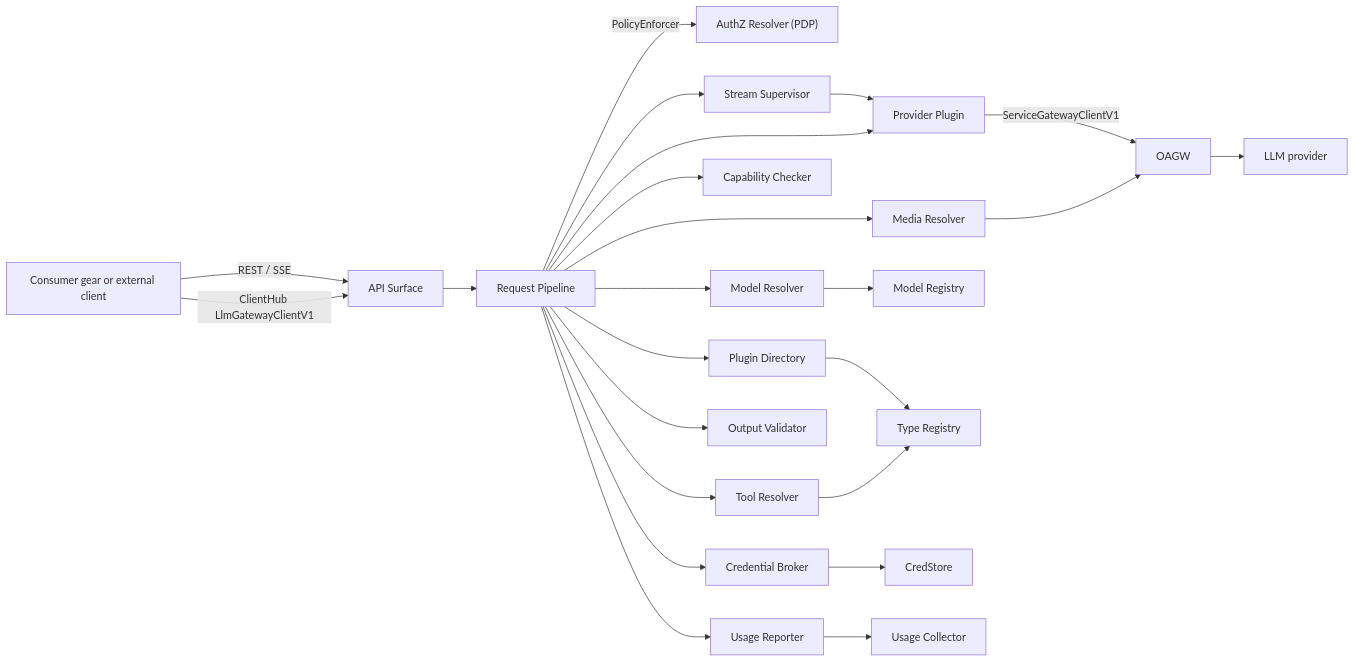
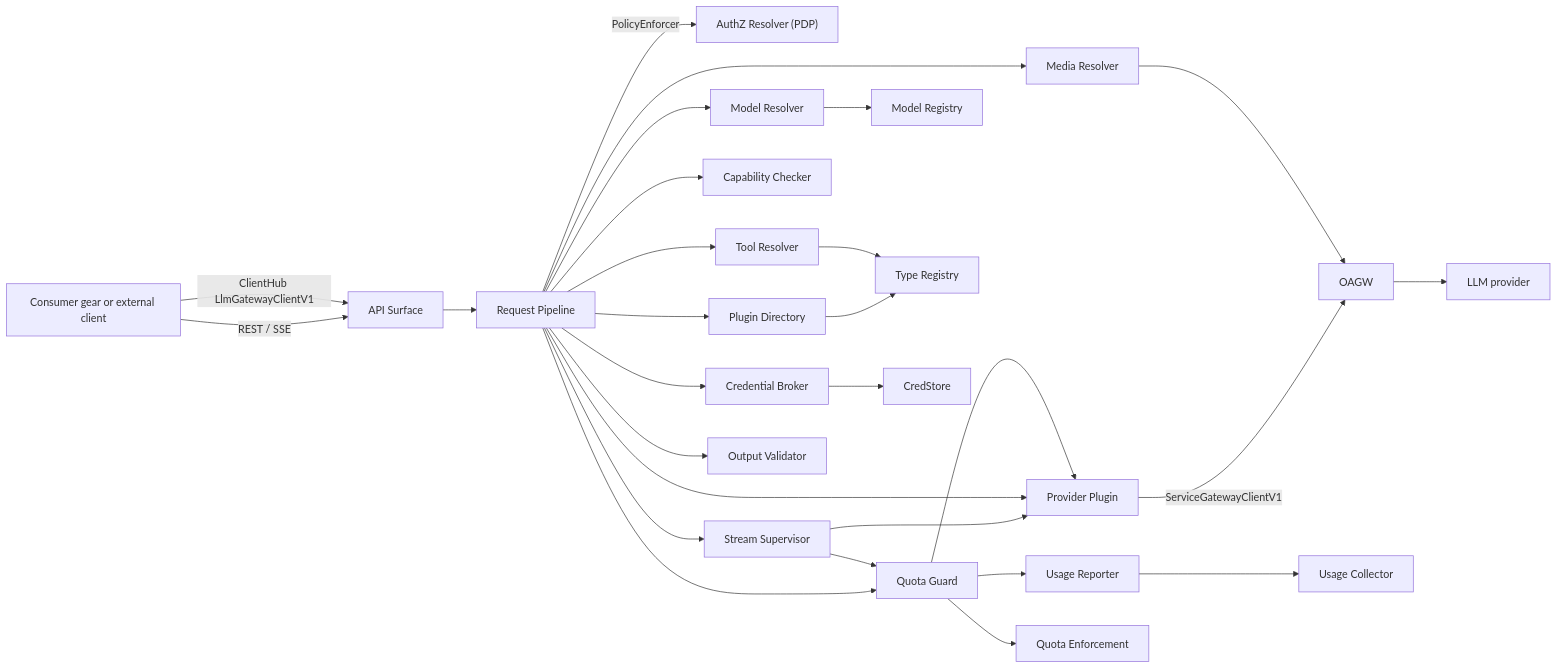
Before and after one commit to AndIConstructor/gears-rust: the first of 15 diagrams in gears/llm-gateway/docs/DESIGN.md, drawn with Mermaid. The commit also changed other lines of this file, not shown here.

Commit message:
docs(llm-gateway): restore quota enforcement through Quota Enforcement leases Signed-off-by: ritmix3300 <dmitriy.matveev95@gmail.com>

````diff
--- a/gears/llm-gateway/docs/DESIGN.md
+++ b/gears/llm-gateway/docs/DESIGN.md
@@ -256,26 +257,30 @@
 ```mermaid
 graph LR
     CONS["Consumer gear or external client"] -->|REST / SSE| API["API Surface"]
     CONS -->|ClientHub LlmGatewayClientV1| API
     API --> PIPE["Request Pipeline"]
     PIPE -->|PolicyEnforcer| AZ["AuthZ Resolver (PDP)"]
     PIPE --> MR["Model Resolver"]
     PIPE --> PDIR["Plugin Directory"]
     PIPE --> CC["Capability Checker"]
     PIPE --> TR["Tool Resolver"]
+    PIPE --> QG["Quota Guard"]
     PIPE --> CB["Credential Broker"]
     PIPE --> MEDIA["Media Resolver"]
     PIPE --> SUP["Stream Supervisor"]
     PIPE --> OV["Output Validator"]
-    PIPE --> UR["Usage Reporter"]
+    SUP --> QG
+    QG --> UR["Usage Reporter"]
     SUP --> PLUG["Provider Plugin"]
     PIPE --> PLUG
+    QG --> PLUG
     PLUG -->|ServiceGatewayClientV1| OAGW["OAGW"]
     OAGW --> PROV["LLM provider"]
     MR --> MRG["Model Registry"]
     PDIR --> TYR["Type Registry"]
     TR --> TYR
     CB --> CS["CredStore"]
+    QG --> QE["Quota Enforcement"]
     UR --> UC["Usage Collector"]
     MEDIA --> OAGW
 ```
````
